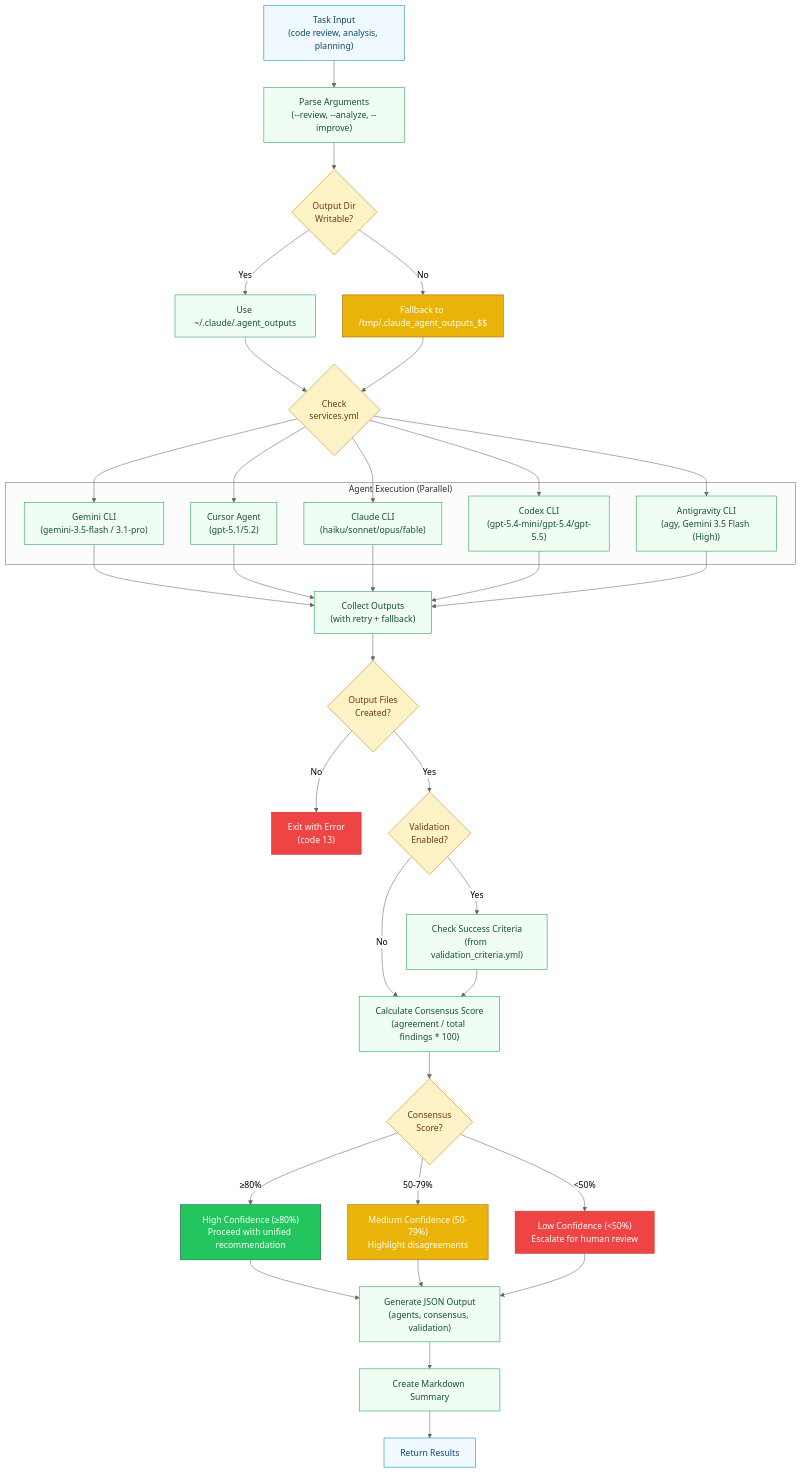
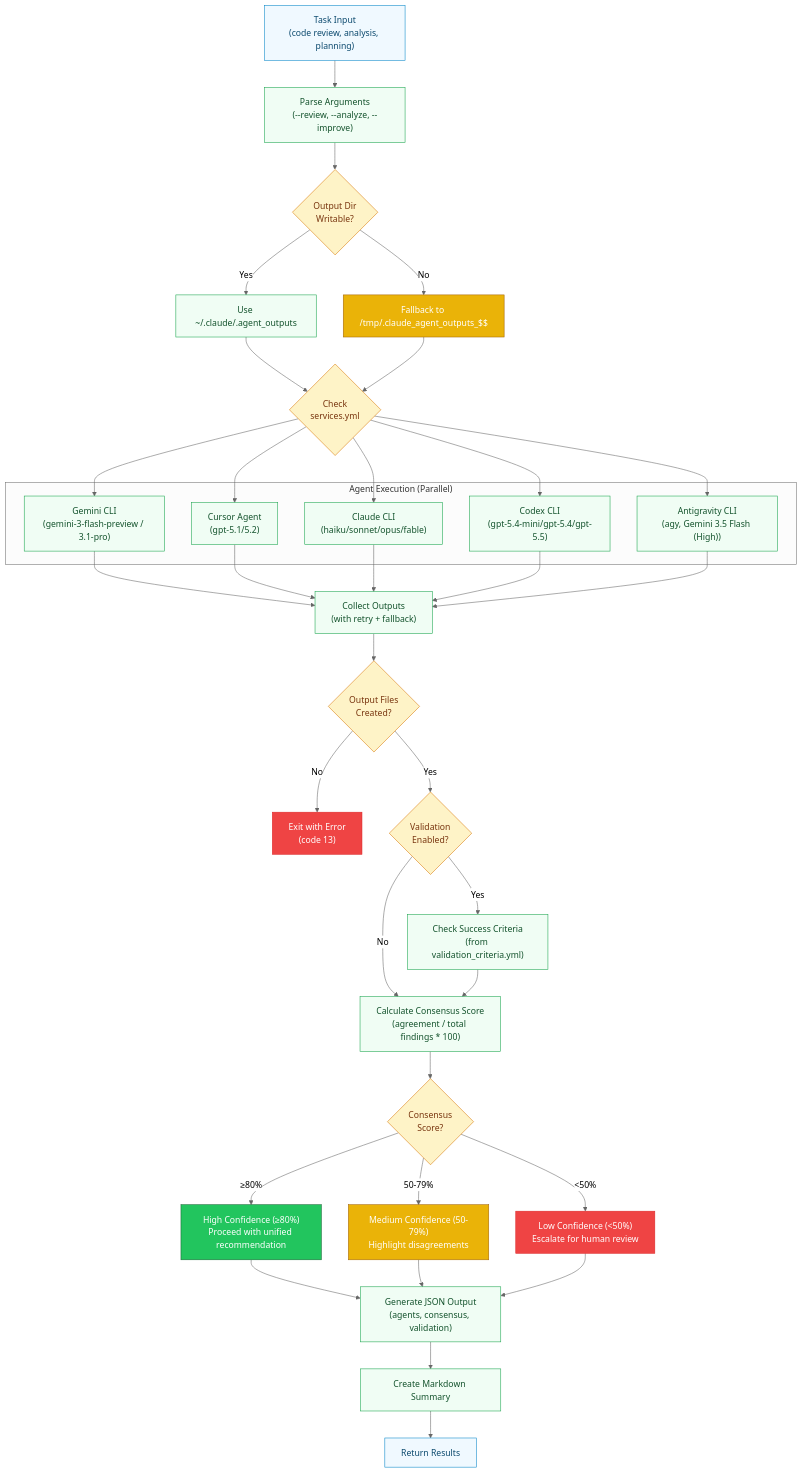
Before and after one commit to RB-chrismandich/Manifest: the sixth of 15 diagrams in docs/ARCHITECTURE_DIAGRAMS.md, drawn with Mermaid. The commit also changed 12 other files, not shown here.

```diff
--- a/docs/ARCHITECTURE_DIAGRAMS.md
+++ b/docs/ARCHITECTURE_DIAGRAMS.md
@@ -530,7 +530,7 @@
     CHECK_SERVICES{"Check<br/>services.yml"}:::decision
 
     subgraph "Agent Execution (Parallel)"
-        GEMINI_EXEC["Gemini CLI<br/>(gemini-3.5-flash / 3.1-pro)"]:::process
+        GEMINI_EXEC["Gemini CLI<br/>(gemini-3-flash-preview / 3.1-pro)"]:::process
         CURSOR_EXEC["Cursor Agent<br/>(gpt-5.1/5.2)"]:::process
         CLAUDE_EXEC["Claude CLI<br/>(haiku/sonnet/opus/fable)"]:::process
         CODEX_EXEC["Codex CLI<br/>(gpt-5.4-mini/gpt-5.4/gpt-5.5)"]:::process
```
